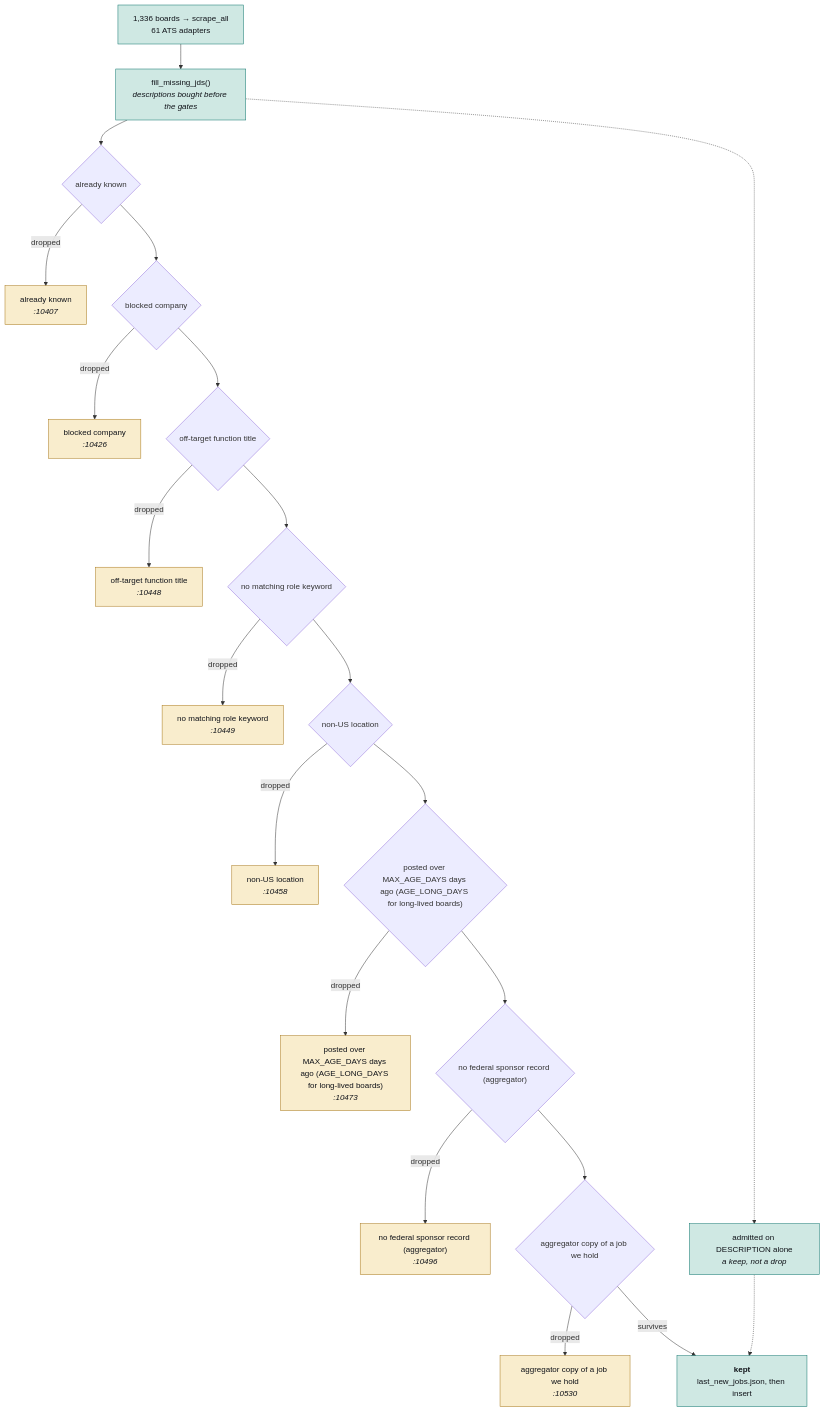
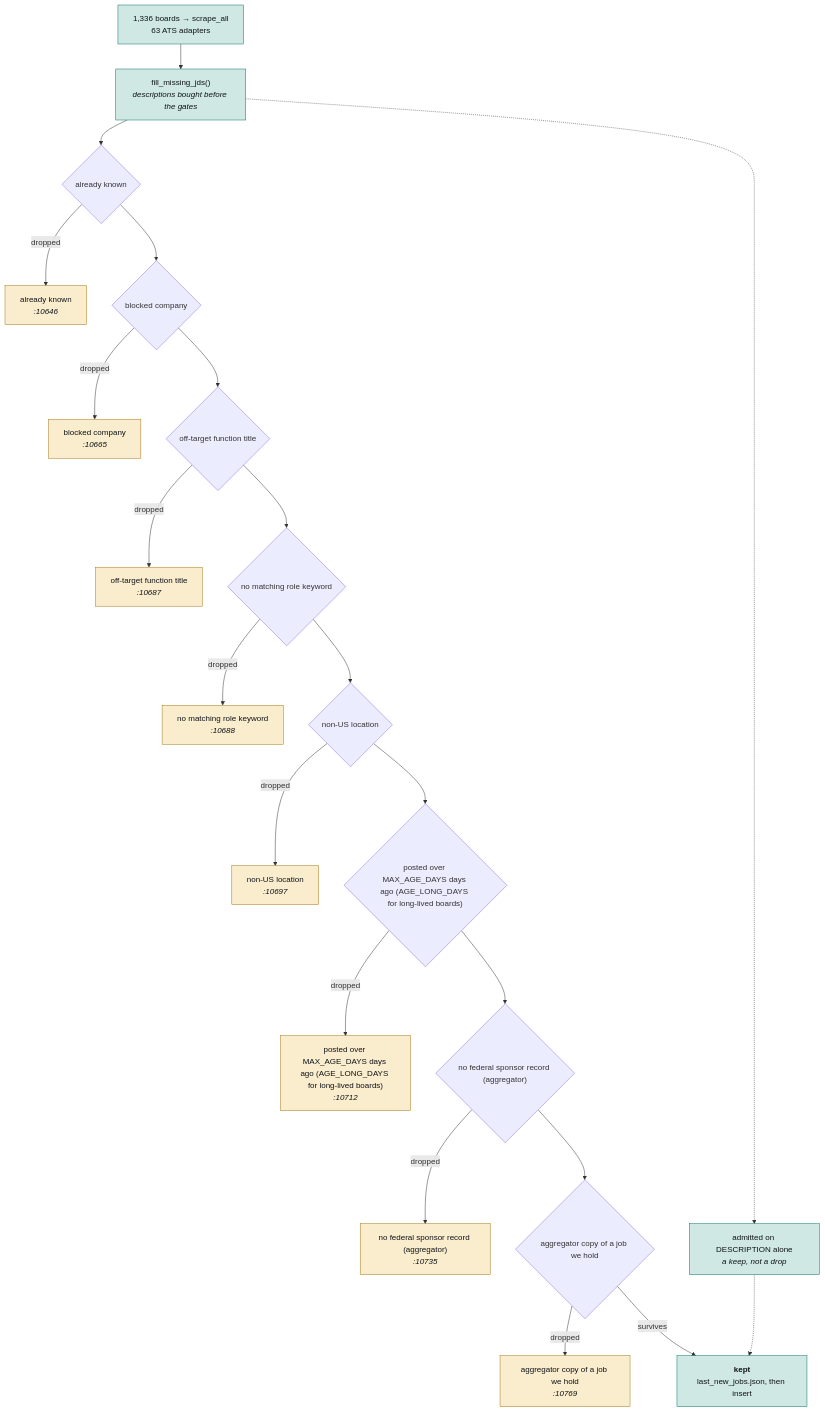
Before and after one commit to hadakunal909-debug/job-search-tool: the second of 4 diagrams in JobMatch Scraper/docs/ARCHITECTURE.md, drawn with Mermaid. The commit also changed other lines of this file and 21 other files, not shown here.

````diff
--- a/JobMatch Scraper/docs/ARCHITECTURE.md
+++ b/JobMatch Scraper/docs/ARCHITECTURE.md
@@ -127,54 +127,54 @@
 ```mermaid
 flowchart TB
-  SRC["1,336 boards → scrape_all<br/>61 ATS adapters"]
+  SRC["1,336 boards → scrape_all<br/>63 ATS adapters"]
   JD["fill_missing_jds()<br/><i>descriptions bought before the gates</i>"]
   SRC --> JD
   G0{"already known"}
-  D0["already known<br/><i>:10407</i>"]
+  D0["already known<br/><i>:10646</i>"]
   JD --> G0
   G0 -->|dropped| D0
   class D0 trap
   G1{"blocked company"}
-  D1["blocked company<br/><i>:10426</i>"]
+  D1["blocked company<br/><i>:10665</i>"]
   G0 --> G1
   G1 -->|dropped| D1
   class D1 trap
   G2{"off-target function title"}
-  D2["off-target function title<br/><i>:10448</i>"]
+  D2["off-target function title<br/><i>:10687</i>"]
   G1 --> G2
   G2 -->|dropped| D2
   class D2 trap
   G3{"no matching role keyword"}
-  D3["no matching role keyword<br/><i>:10449</i>"]
+  D3["no matching role keyword<br/><i>:10688</i>"]
   G2 --> G3
   G3 -->|dropped| D3
   class D3 trap
   G4{"non-US location"}
-  D4["non-US location<br/><i>:10458</i>"]
+  D4["non-US location<br/><i>:10697</i>"]
   G3 --> G4
   G4 -->|dropped| D4
   class D4 trap
   G5{"posted over MAX_AGE_DAYS days ago (AGE_LONG_DAYS for long-lived boards)"}
-  D5["posted over MAX_AGE_DAYS days ago (AGE_LONG_DAYS for long-lived boards)<br/><i>:10473</i>"]
+  D5["posted over MAX_AGE_DAYS days ago (AGE_LONG_DAYS for long-lived boards)<br/><i>:10712</i>"]
   G4 --> G5
   G5 -->|dropped| D5
   class D5 trap
   G6{"no federal sponsor record (aggregator)"}
-  D6["no federal sponsor record (aggregator)<br/><i>:10496</i>"]
+  D6["no federal sponsor record (aggregator)<br/><i>:10735</i>"]
   G5 --> G6
   G6 -->|dropped| D6
   class D6 trap
   G7{"aggregator copy of a job we hold"}
-  D7["aggregator copy of a job we hold<br/><i>:10530</i>"]
+  D7["aggregator copy of a job we hold<br/><i>:10769</i>"]
   G6 --> G7
   G7 -->|dropped| D7
   class D7 trap
   KEEP["<b>kept</b><br/>last_new_jobs.json, then insert"]
   G7 -->|survives| KEEP
   RESCUE["admitted on DESCRIPTION alone<br/><i>a keep, not a drop</i>"]
   JD -.-> RESCUE
   RESCUE -.-> KEEP
   classDef trap fill:#f9edcd,stroke:#a8781a,color:#101319
   classDef sched fill:#cfe8e3,stroke:#0f766e,color:#101319
   class SRC,JD,KEEP,RESCUE sched
 ```
````
